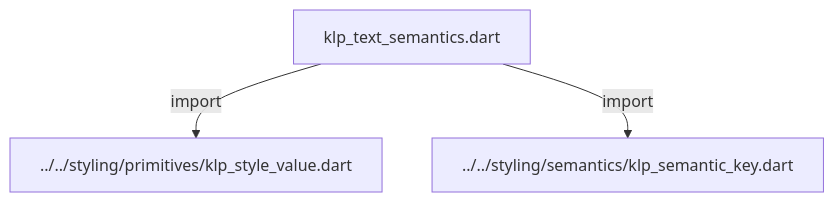
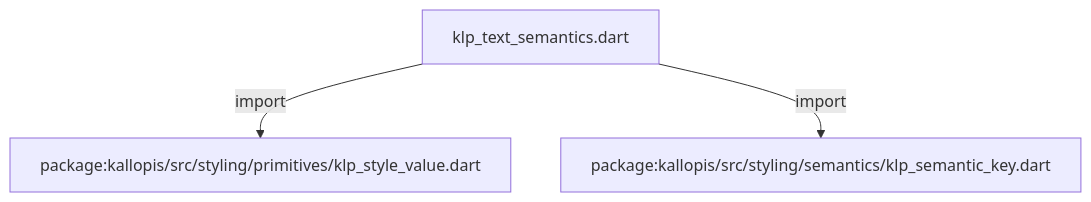
One commit to MiuDog/Kallopis changed the first of 2 diagrams in docs/architecture/src/foundation/templates/klp_text_semantics.md. Above: the diagram before and after it, drawn with Mermaid. The commit also changed other lines of this file and 9688 other files, not shown here.

Commit message:
Prepare isolated Flow F2 peer baseline

````diff
--- a/docs/architecture/src/foundation/templates/klp_text_semantics.md
+++ b/docs/architecture/src/foundation/templates/klp_text_semantics.md
@@ -11,8 +11,8 @@
 ```mermaid
 flowchart TD
 	n0["klp_text_semantics.dart"]
-	n1["../../styling/primitives/klp_style_value.dart"]
-	n2["../../styling/semantics/klp_semantic_key.dart"]
+	n1["package:kallopis/src/styling/primitives/klp_style_value.dart"]
+	n2["package:kallopis/src/styling/semantics/klp_semantic_key.dart"]
 	n0 -->|"import"| n1
 	n0 -->|"import"| n2
 ```
````
